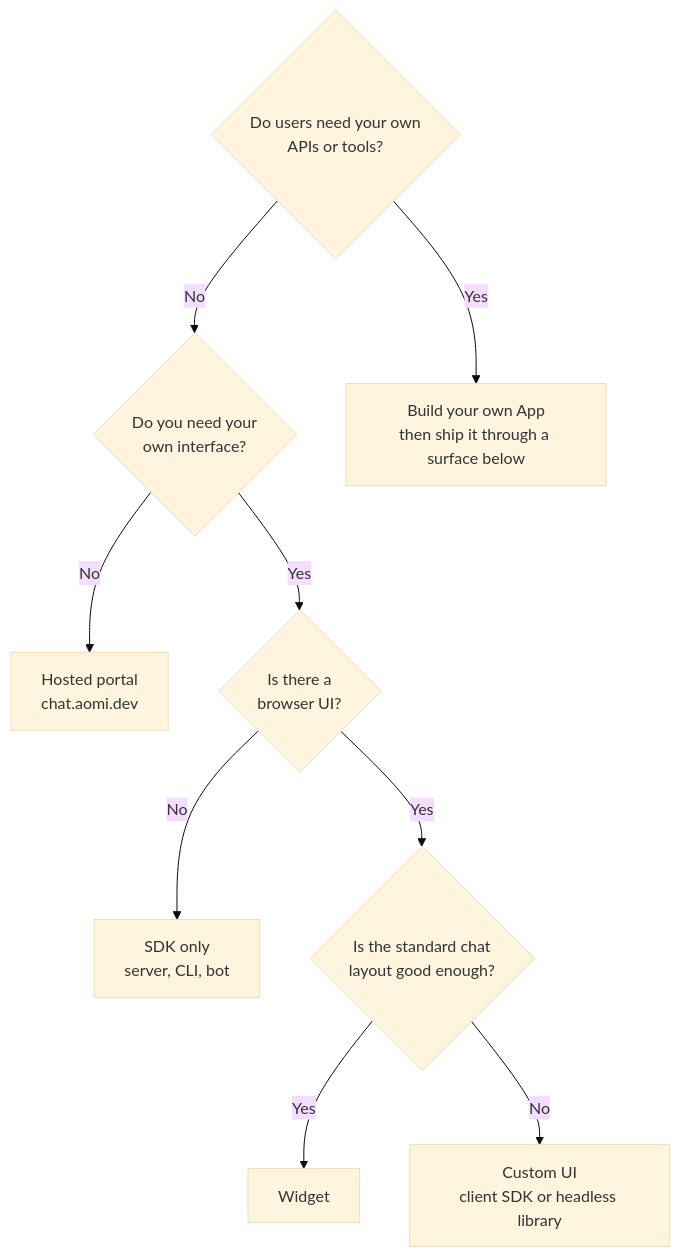
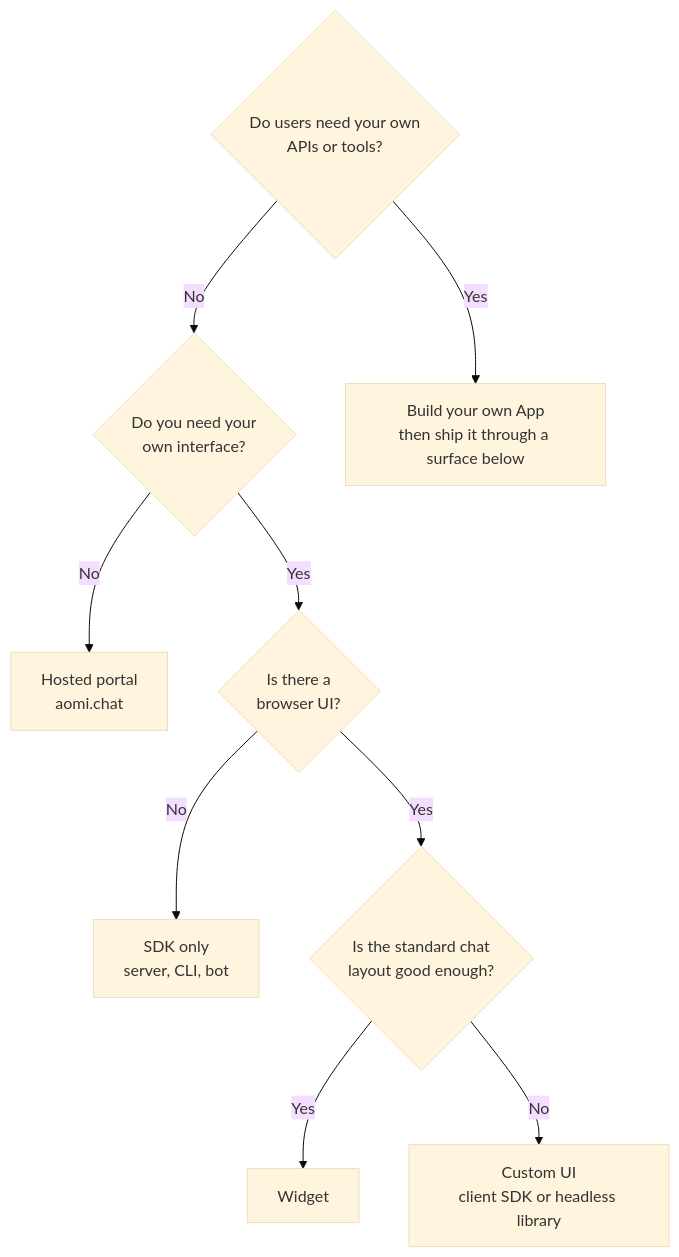
The diagram in integrate/choose-surface.mdx (aomi-labs/docs), drawn with Mermaid (base theme) before and after one commit. The commit also changed other lines of this file and 26 other files, not shown here.

Commit message:
docs: use aomi.chat across public setup and API references

````diff
--- a/integrate/choose-surface.mdx
+++ b/integrate/choose-surface.mdx
@@ -23,12 +23,12 @@
 ```mermaid
 flowchart TD
     Q1{"Do users need your own<br/>APIs or tools?"}
     Q1 -->|No| Q2{"Do you need your<br/>own interface?"}
     Q1 -->|Yes| APP["Build your own App<br/>then ship it through a surface below"]
-    Q2 -->|No| PORTAL["Hosted portal<br/>chat.aomi.dev"]
+    Q2 -->|No| PORTAL["Hosted portal<br/>aomi.chat"]
     Q2 -->|Yes| Q3{"Is there a<br/>browser UI?"}
     Q3 -->|No| SDK["SDK only<br/>server, CLI, bot"]
     Q3 -->|Yes| Q4{"Is the standard chat<br/>layout good enough?"}
     Q4 -->|Yes| WIDGET["Widget"]
     Q4 -->|No| CUSTOM["Custom UI<br/>client SDK or headless library"]
 ```
````
